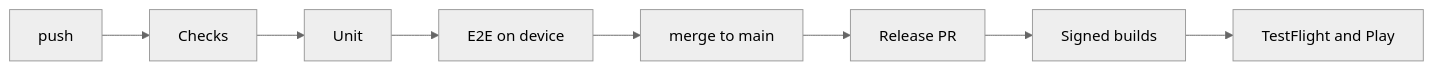
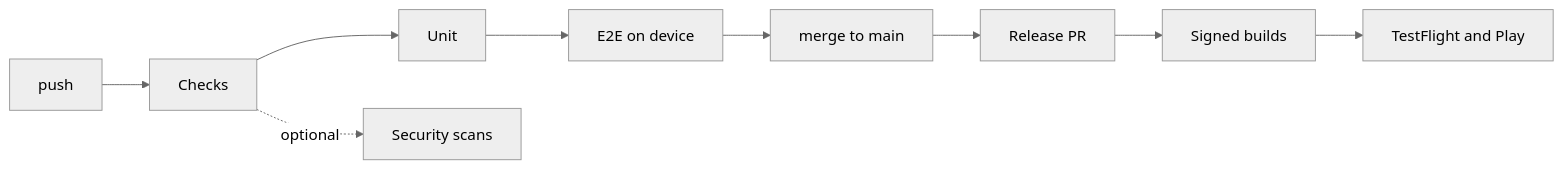
One commit to blinkbitcoin/react-native-mobile-template changed the diagram in README.md. Above: the diagram before and after it, drawn with Mermaid (neutral theme). The commit also changed 36 other files, not shown here.

````diff
--- a/README.md
+++ b/README.md
@@ -33,6 +33,7 @@
 ```mermaid
 flowchart LR
   push[push] --> checks[Checks] --> unit[Unit] --> e2e[E2E on device]
+  checks -.->|optional| sec[Security scans]
   e2e --> merge[merge to main]
   merge --> relpr[Release PR] --> build[Signed builds] --> stores[TestFlight and Play]
 ```
````
